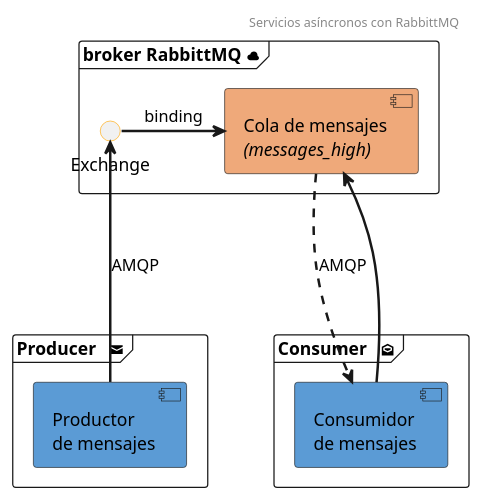
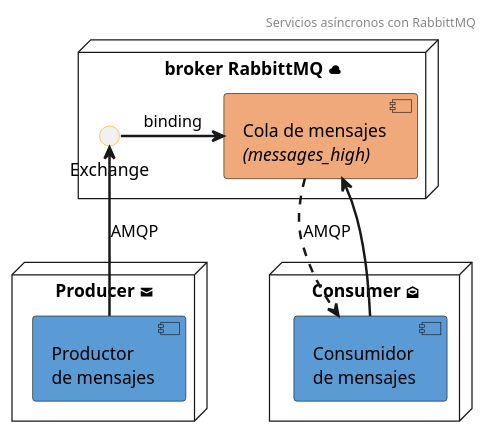
The diagram in DiagramaComponentes.puml (FJavierGil/demoMessenger), drawn with PlantUML before and after one commit. The commit also changed 8 other files, not shown here.

```diff
--- a/DiagramaComponentes.puml
+++ b/DiagramaComponentes.puml
@@ -1,41 +1,41 @@
 @startuml
 skinparam componentStyle uml2
 skinparam sequenceArrowThickness 2
 
 skinparam interface {
   borderColor orange
 }
 
 header Servicios asíncronos con RabbittMQ
 
-frame "Producer   <&envelope-closed>" {
+node "Producer <&envelope-closed>" {
   component "Productor\nde mensajes" as producer #5B9BD5
 }
 
-frame "Consumer   <&envelope-open>" {
+node "Consumer <&envelope-open>" {
   component "Consumidor\nde mensajes" as consumer #5B9BD5
 }
 'note right
 'consume los
 'mensajes
 'bajo demanda
 'end note
 
-frame "broker RabbittMQ <&cloud>" {
+node "broker RabbittMQ <&cloud>" {
   component cola #efa97a [
     Cola de mensajes
     //(messages_high)//
   ]
   interface Exchange
 '  note left
 '    high
 '  end note
 
-  producer --up-> Exchange: AMQP
+  producer -up-> Exchange: AMQP
   Exchange -right-> cola: binding
 
-  cola ..down.> consumer: AMQP
-  consumer --up-> cola
+  cola .down.> consumer: AMQP
+  consumer -up-> cola
 }
 
 @enduml
```
